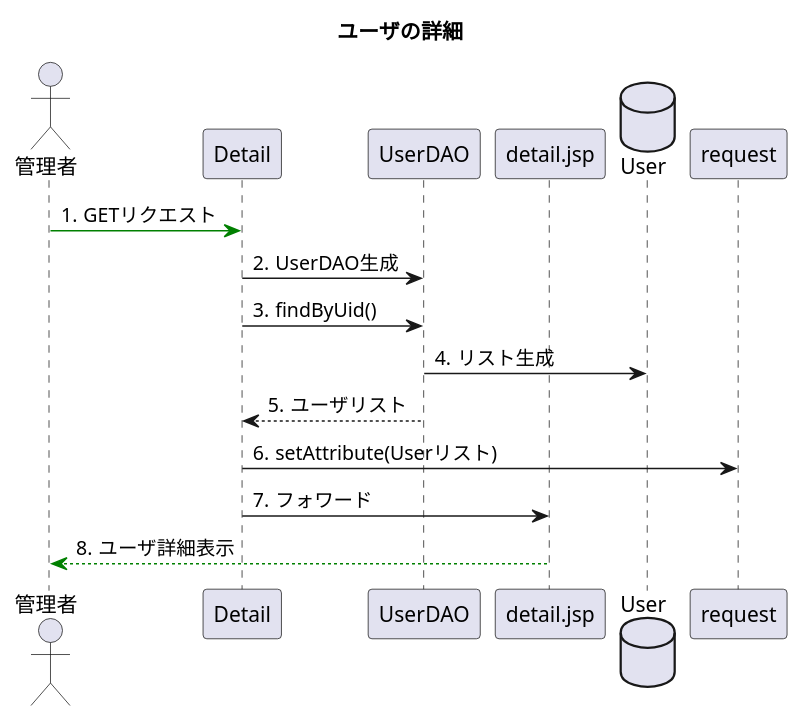
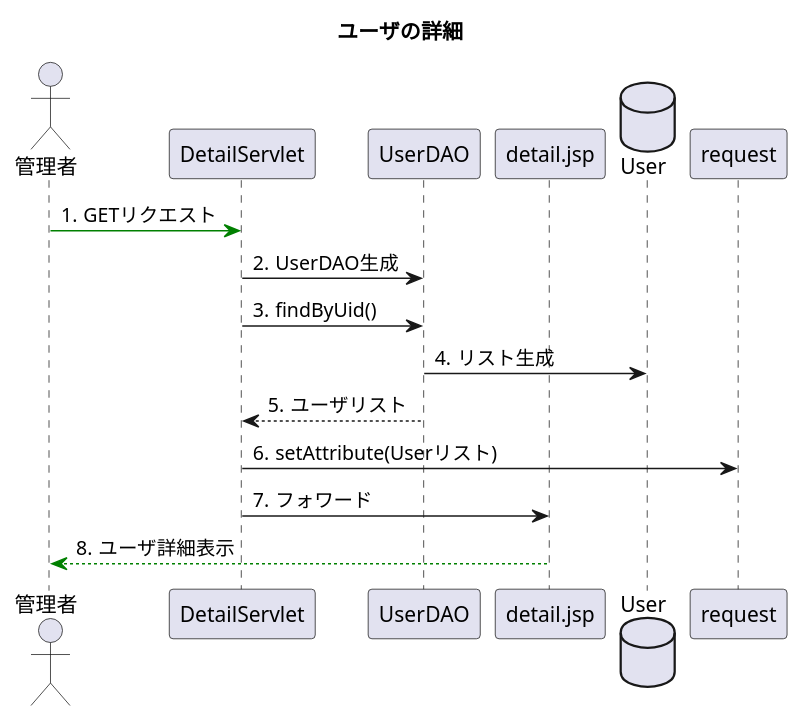
Before and after one commit to toufu66/ProjectC: the diagram in uml_detail/seq_detail.pu, drawn with PlantUML. The commit also changed 1 other file, not shown here.

```diff
--- a/uml_detail/seq_detail.pu
+++ b/uml_detail/seq_detail.pu
@@ -1,23 +1,23 @@
 @startuml
 title ユーザの詳細
 
 autonumber "#."
 
 actor 管理者
-participant Detail
+participant DetailServlet
 participant UserDAO
 participant detail.jsp
 database User
 
 
-管理者 -[#green]> Detail:GETリクエスト
-Detail -> UserDAO :UserDAO生成
-Detail -> UserDAO :findByUid()
+管理者 -[#green]> DetailServlet:GETリクエスト
+DetailServlet -> UserDAO :UserDAO生成
+DetailServlet -> UserDAO :findByUid()
 UserDAO -> User:リスト生成
-UserDAO --> Detail:ユーザリスト
-Detail -> request:setAttribute(Userリスト)
-Detail -> detail.jsp:フォワード
+UserDAO --> DetailServlet:ユーザリスト
+DetailServlet -> request:setAttribute(Userリスト)
+DetailServlet -> detail.jsp:フォワード
 detail.jsp --[#green]> 管理者:ユーザ詳細表示
 
 
 @enduml
```
